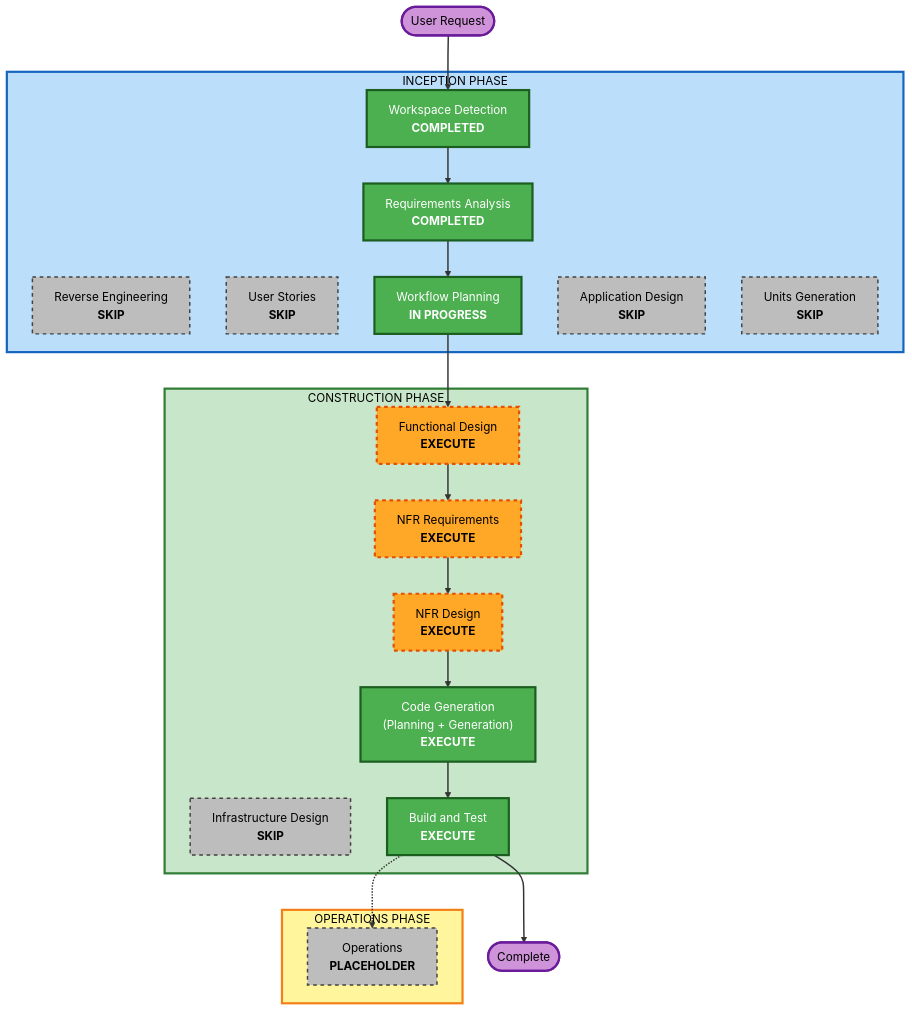
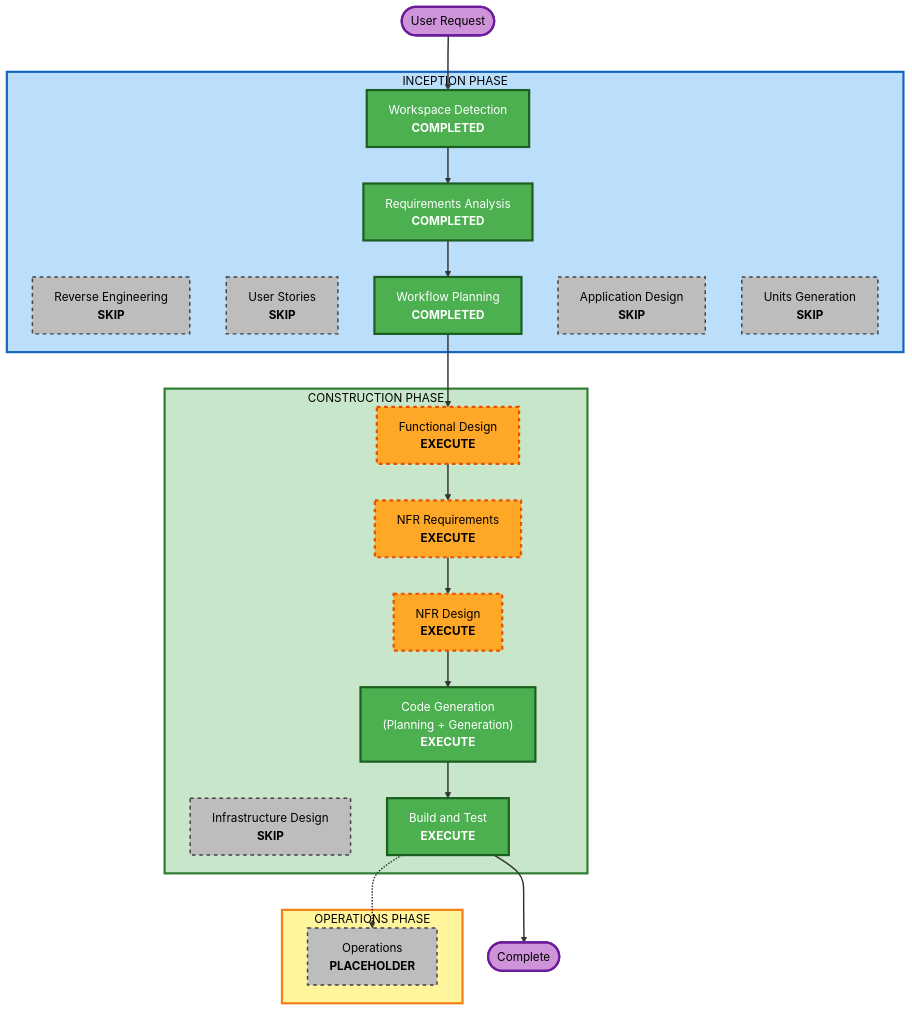
One commit to winterbug24/aidlc-test changed the diagram in aidlc-docs/inception/plans/execution-plan.md. Above: the diagram before and after it, drawn with Mermaid. The commit also changed other lines of this file and 53 other files, not shown here.

````diff
--- a/aidlc-docs/inception/plans/execution-plan.md
+++ b/aidlc-docs/inception/plans/execution-plan.md
@@ -27,60 +27,60 @@
 ```mermaid
 flowchart TD
     Start(["User Request"])
 
     subgraph INCEPTION["INCEPTION PHASE"]
         WD["Workspace Detection<br/><b>COMPLETED</b>"]
         RE["Reverse Engineering<br/><b>SKIP</b>"]
         RA["Requirements Analysis<br/><b>COMPLETED</b>"]
         US["User Stories<br/><b>SKIP</b>"]
-        WP["Workflow Planning<br/><b>IN PROGRESS</b>"]
+        WP["Workflow Planning<br/><b>COMPLETED</b>"]
         AD["Application Design<br/><b>SKIP</b>"]
         UG["Units Generation<br/><b>SKIP</b>"]
     end
 
     subgraph CONSTRUCTION["CONSTRUCTION PHASE"]
         FD["Functional Design<br/><b>EXECUTE</b>"]
         NFRA["NFR Requirements<br/><b>EXECUTE</b>"]
         NFRD["NFR Design<br/><b>EXECUTE</b>"]
         ID["Infrastructure Design<br/><b>SKIP</b>"]
         CG["Code Generation<br/>(Planning + Generation)<br/><b>EXECUTE</b>"]
         BT["Build and Test<br/><b>EXECUTE</b>"]
     end
 
     subgraph OPERATIONS["OPERATIONS PHASE"]
         OPS["Operations<br/><b>PLACEHOLDER</b>"]
     end
 
     Start --> WD
     WD --> RA
     RA --> WP
     WP --> FD
     FD --> NFRA
     NFRA --> NFRD
     NFRD --> CG
     CG --> BT
     BT -.-> OPS
     BT --> End(["Complete"])
 
     style WD fill:#4CAF50,stroke:#1B5E20,stroke-width:3px,color:#fff
     style RA fill:#4CAF50,stroke:#1B5E20,stroke-width:3px,color:#fff
     style WP fill:#4CAF50,stroke:#1B5E20,stroke-width:3px,color:#fff
     style CG fill:#4CAF50,stroke:#1B5E20,stroke-width:3px,color:#fff
     style BT fill:#4CAF50,stroke:#1B5E20,stroke-width:3px,color:#fff
     style FD fill:#FFA726,stroke:#E65100,stroke-width:3px,stroke-dasharray: 5 5,color:#000
     style NFRA fill:#FFA726,stroke:#E65100,stroke-width:3px,stroke-dasharray: 5 5,color:#000
     style NFRD fill:#FFA726,stroke:#E65100,stroke-width:3px,stroke-dasharray: 5 5,color:#000
     style RE fill:#BDBDBD,stroke:#424242,stroke-width:2px,stroke-dasharray: 5 5,color:#000
     style US fill:#BDBDBD,stroke:#424242,stroke-width:2px,stroke-dasharray: 5 5,color:#000
     style AD fill:#BDBDBD,stroke:#424242,stroke-width:2px,stroke-dasharray: 5 5,color:#000
     style UG fill:#BDBDBD,stroke:#424242,stroke-width:2px,stroke-dasharray: 5 5,color:#000
     style ID fill:#BDBDBD,stroke:#424242,stroke-width:2px,stroke-dasharray: 5 5,color:#000
     style OPS fill:#BDBDBD,stroke:#424242,stroke-width:2px,stroke-dasharray: 5 5,color:#000
     style INCEPTION fill:#BBDEFB,stroke:#1565C0,stroke-width:3px,color:#000
     style CONSTRUCTION fill:#C8E6C9,stroke:#2E7D32,stroke-width:3px,color:#000
     style OPERATIONS fill:#FFF59D,stroke:#F57F17,stroke-width:3px,color:#000
     style Start fill:#CE93D8,stroke:#6A1B9A,stroke-width:3px,color:#000
     style End fill:#CE93D8,stroke:#6A1B9A,stroke-width:3px,color:#000
 
     linkStyle default stroke:#333,stroke-width:2px
 ```
````
